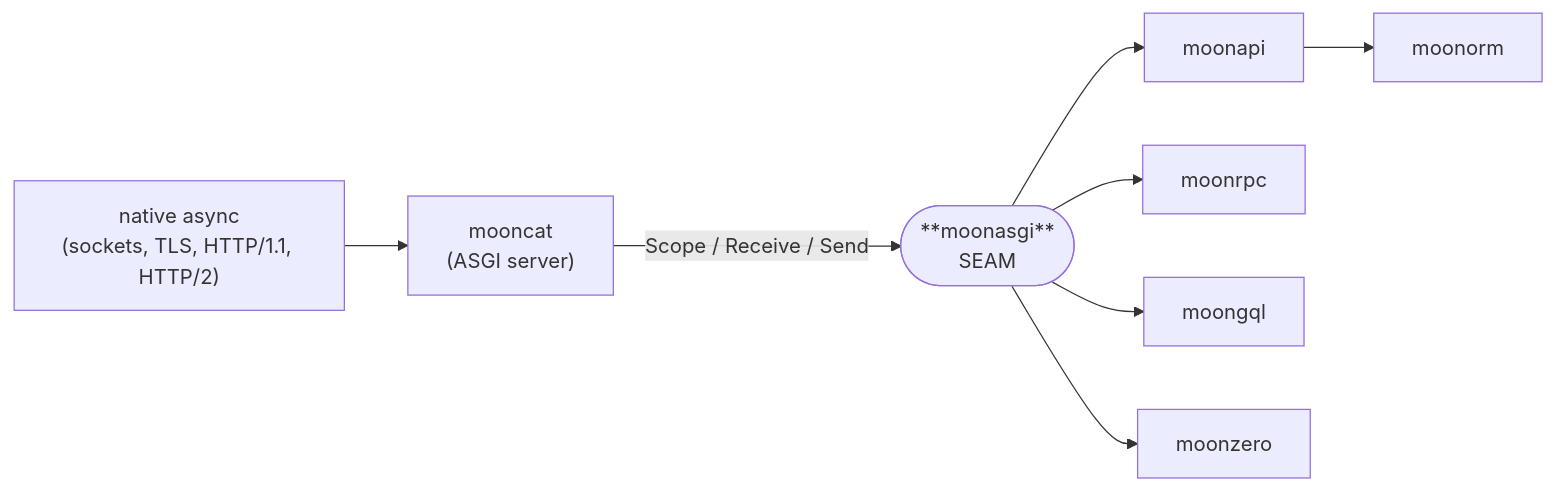
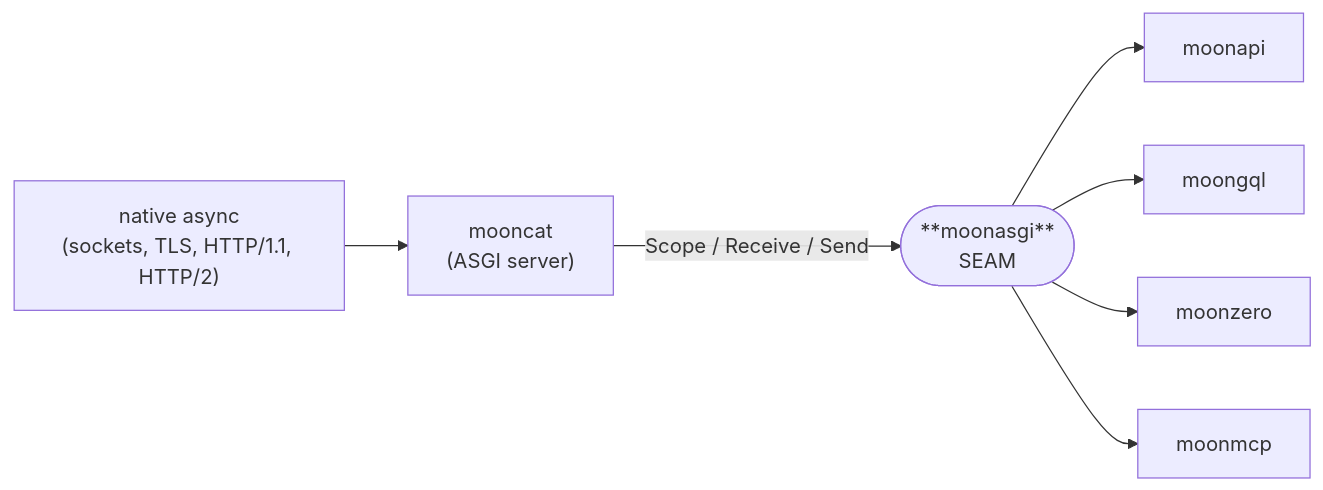
Before and after one commit to moonbitstack/moonasgi: the diagram in README.md, drawn with Mermaid. The commit also changed other lines of this file and 11 other files, not shown here.

````diff
--- a/README.md
+++ b/README.md
@@ -17,10 +15,9 @@
 ```mermaid
 flowchart LR
   net["native async<br/>(sockets, TLS, HTTP/1.1, HTTP/2)"] --> cat["mooncat<br/>(ASGI server)"]
   cat -->|"Scope / Receive / Send"| asgi(["**moonasgi**<br/>SEAM"])
   asgi --> api["moonapi"]
-  asgi --> rpc["moonrpc"]
   asgi --> gql["moongql"]
   asgi --> zero["moonzero"]
-  api --> orm["moonorm"]
+  asgi --> mcp["moonmcp"]
 ```
````
